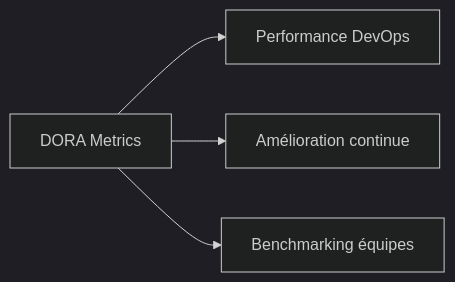
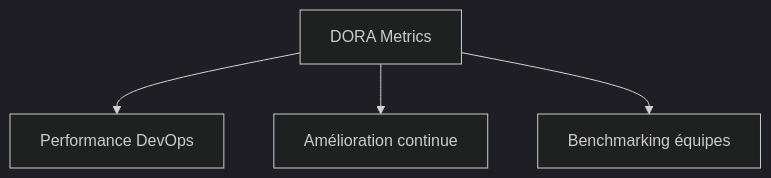
One commit to zyrass/omnydocs changed diagram 11 of 30 in docs/glossaire/devsecops.md. Above: the diagram before and after it, drawn with Mermaid (dark theme). The commit also changed other lines of this file and 1780 other files, not shown here.

````diff
--- a/docs/glossaire/devsecops.md
+++ b/docs/glossaire/devsecops.md
@@ -229,6 +275,6 @@
-    ```mermaid
-    graph LR
-        A[DORA Metrics] --> B[Performance DevOps]
-        A --> C[Amélioration continue]
-        A --> D[Benchmarking équipes]
-    ```
+```mermaid
+graph TB
+    A[DORA Metrics] --> B[Performance DevOps]
+    A --> C[Amélioration continue]
+    A --> D[Benchmarking équipes]
+```
````
